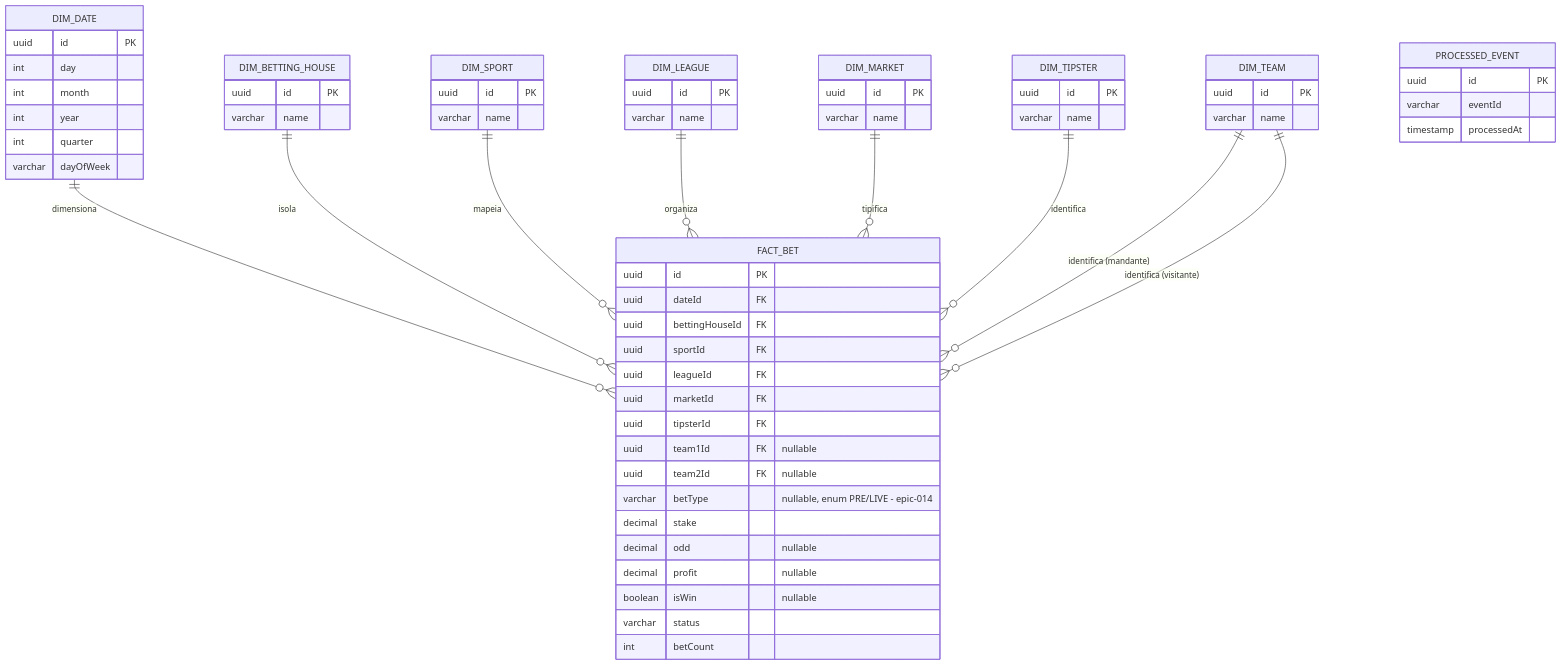
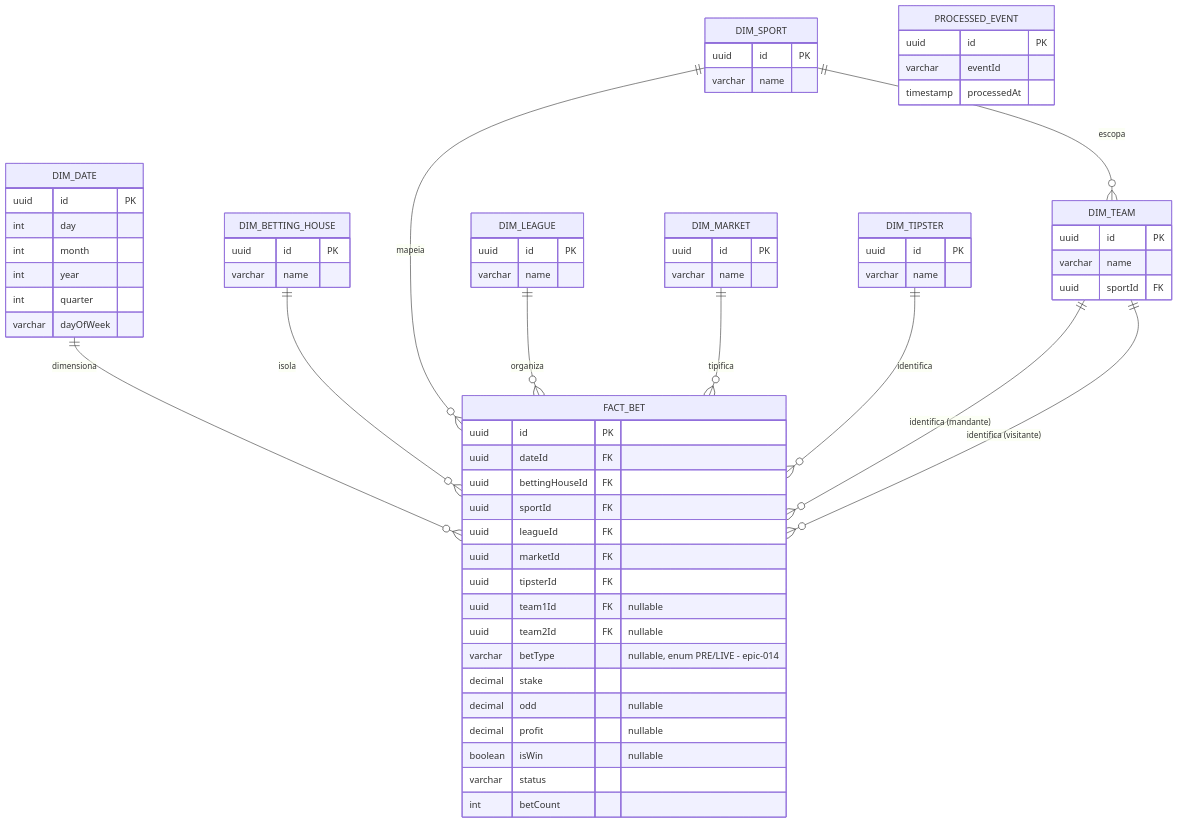
Before and after one commit to eimmig/sv-harness: the fourth of 4 diagrams in docs/DATA-MODEL.md, drawn with Mermaid. The commit also changed other lines of this file and 5 other files, not shown here.

````diff
--- a/docs/DATA-MODEL.md
+++ b/docs/DATA-MODEL.md
@@ -208,67 +208,69 @@
 ```mermaid
 erDiagram
     DIM_DATE ||--o{ FACT_BET : dimensiona
     DIM_BETTING_HOUSE ||--o{ FACT_BET : isola
     DIM_SPORT ||--o{ FACT_BET : mapeia
     DIM_LEAGUE ||--o{ FACT_BET : organiza
     DIM_MARKET ||--o{ FACT_BET : tipifica
     DIM_TIPSTER ||--o{ FACT_BET : identifica
     DIM_TEAM ||--o{ FACT_BET : "identifica (mandante)"
     DIM_TEAM ||--o{ FACT_BET : "identifica (visitante)"
+    DIM_SPORT ||--o{ DIM_TEAM : escopa
 
     DIM_DATE {
         uuid id PK
         int day
         int month
         int year
         int quarter
         varchar dayOfWeek
     }
     DIM_BETTING_HOUSE {
         uuid id PK
         varchar name
     }
     DIM_SPORT {
         uuid id PK
         varchar name
     }
     DIM_LEAGUE {
         uuid id PK
         varchar name
     }
     DIM_MARKET {
         uuid id PK
         varchar name
     }
     DIM_TIPSTER {
         uuid id PK
         varchar name
     }
     DIM_TEAM {
         uuid id PK
         varchar name
+        uuid sportId FK
     }
     FACT_BET {
         uuid id PK
         uuid dateId FK
         uuid bettingHouseId FK
         uuid sportId FK
         uuid leagueId FK
         uuid marketId FK
         uuid tipsterId FK
         uuid team1Id FK "nullable"
         uuid team2Id FK "nullable"
         varchar betType "nullable, enum PRE/LIVE - epic-014"
         decimal stake
         decimal odd "nullable"
         decimal profit "nullable"
         boolean isWin "nullable"
         varchar status
         int betCount
     }
     PROCESSED_EVENT {
         uuid id PK
         varchar eventId
         timestamp processedAt
     }
 ```
````
